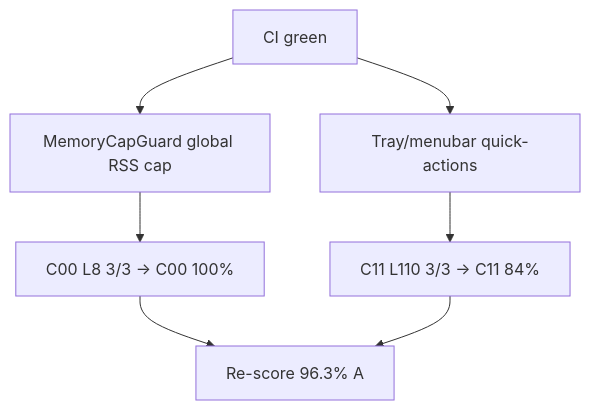
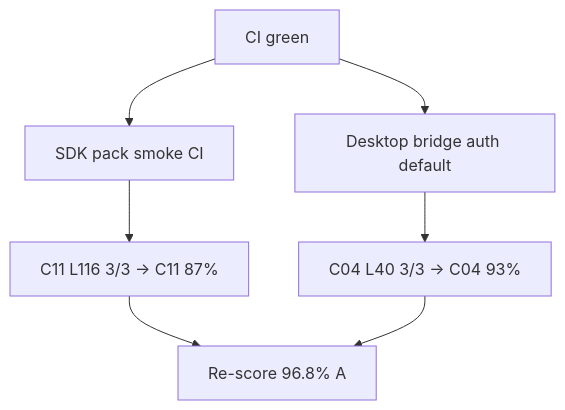
One commit to KooshaPari/Melosviz changed the diagram in docs/WORK_DAG.md. Above: the diagram before and after it, drawn with Mermaid. The commit also changed other lines of this file and 15 other files, not shown here.

First line of the commit message:
wave/p1l: SDK pack smoke + desktop bridge auth (96.8% A) (#152)

````diff
--- a/docs/WORK_DAG.md
+++ b/docs/WORK_DAG.md
@@ -5,9 +5,9 @@
 ```mermaid
 flowchart TD
-  A[CI green] --> B[MemoryCapGuard global RSS cap]
-  A --> C[Tray/menubar quick-actions]
-  B --> D[C00 L8 3/3 -> C00 100%]
-  C --> E[C11 L110 3/3 -> C11 84%]
-  D --> F[Re-score 96.3% A]
+  A[CI green] --> B[SDK pack smoke CI]
+  A --> C[Desktop bridge auth default]
+  B --> D[C11 L116 3/3 -> C11 87%]
+  C --> E[C04 L40 3/3 -> C04 93%]
+  D --> F[Re-score 96.8% A]
   E --> F
 ```
````
